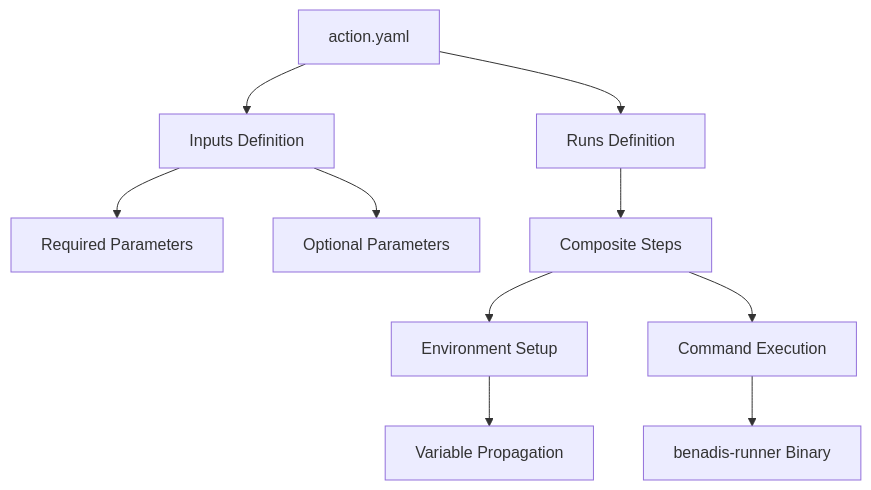
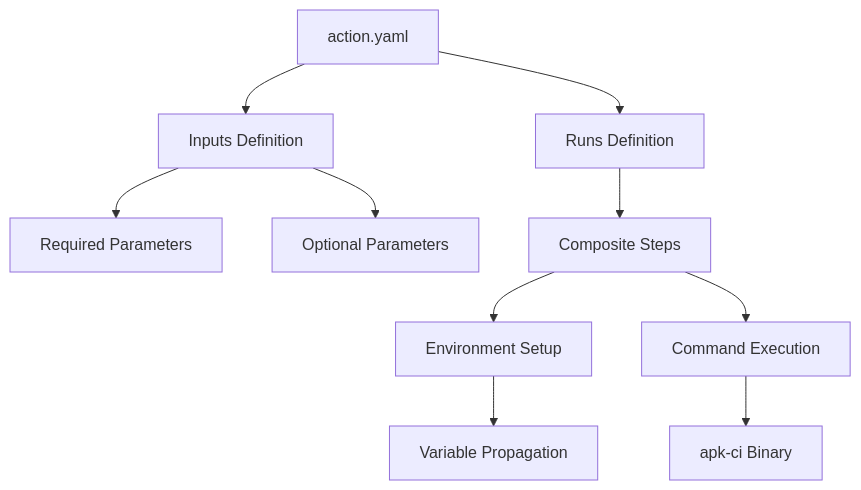
The first of 4 diagrams in .qoder/repowiki/en/content/Configuration Management/YAML Configuration Files/action.yaml Configuration.md (Kargones/apk-ci), drawn with Mermaid before and after one commit. The commit also changed other lines of this file and 189 other files, not shown here.

Commit message:
Замена benadis-runner на apk-ci.

````diff
--- a/.qoder/repowiki/en/content/Configuration Management/YAML Configuration Files/action.yaml Configuration.md
+++ b/.qoder/repowiki/en/content/Configuration Management/YAML Configuration Files/action.yaml Configuration.md
@@ -37,12 +37,12 @@
 ```mermaid
 graph TD
 A["action.yaml"] --> B["Inputs Definition"]
 A --> C["Runs Definition"]
 B --> D["Required Parameters"]
 B --> E["Optional Parameters"]
 C --> F["Composite Steps"]
 F --> G["Environment Setup"]
 F --> H["Command Execution"]
 G --> I["Variable Propagation"]
-H --> J["benadis-runner Binary"]
+H --> J["apk-ci Binary"]
 ```
````
